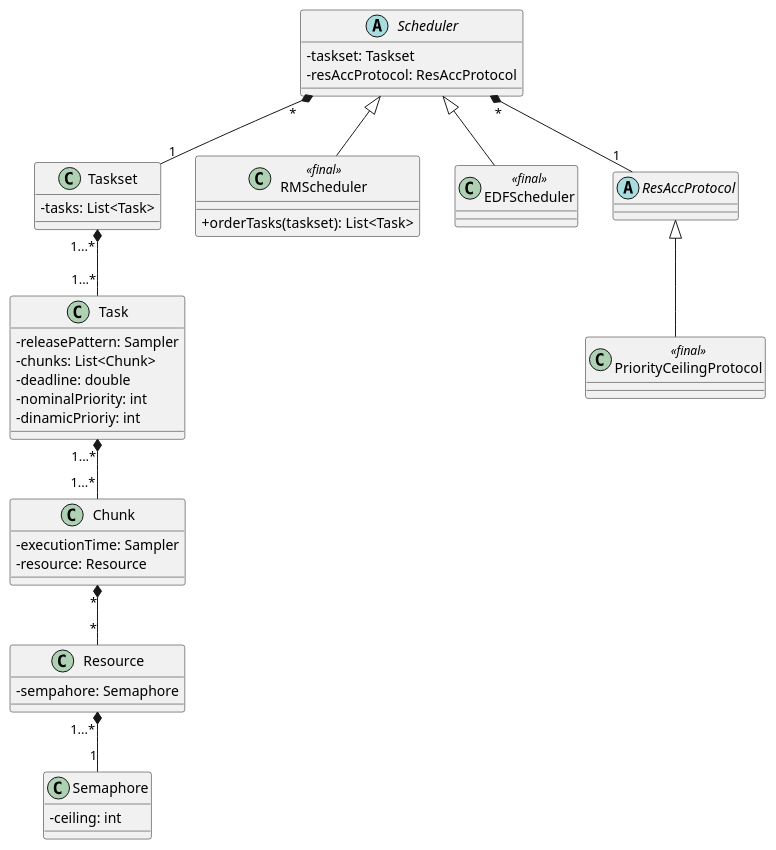
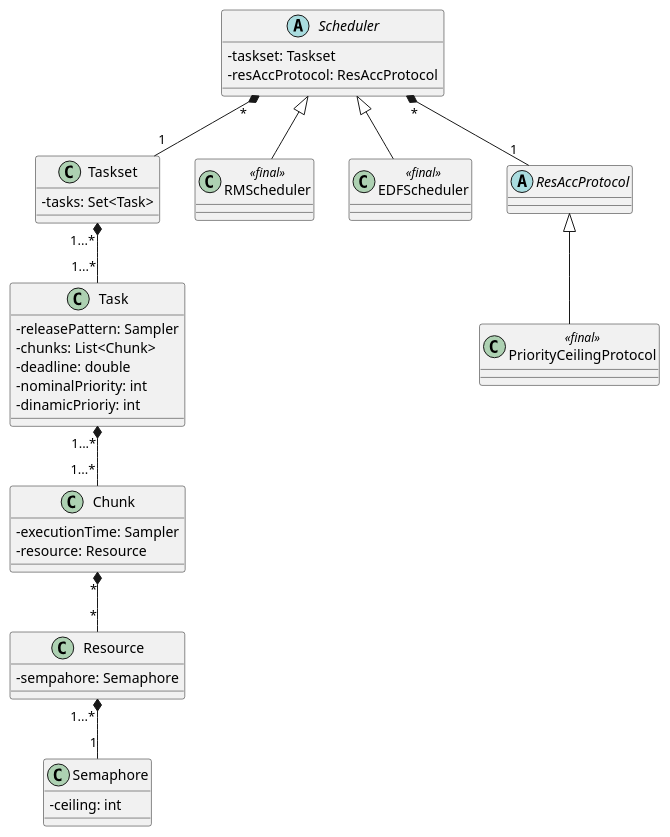
The diagram in class diagram.puml (edoardosarri24/embedded), drawn with PlantUML before and after one commit. The commit also changed 8 other files, not shown here.

```diff
--- a/class diagram.puml
+++ b/class diagram.puml
@@ -1,59 +1,58 @@
 @startuml Analisi
 skinparam classAttributeIconSize 0
 
 ' classi
 class Task {
     - releasePattern: Sampler
     - chunks: List<Chunk>
     - deadline: double
     - nominalPriority: int
     - dinamicPrioriy: int
 }
 
 class Chunk {
     - executionTime: Sampler
     - resource: Resource
 }
 
 class Taskset {
-    - tasks: List<Task>
+    - tasks: Set<Task>
 }
 
 class Resource {
     - sempahore: Semaphore
 }
 
 abstract class Scheduler {
     - taskset: Taskset
     - resAccProtocol: ResAccProtocol
 }
 
 class RMScheduler <<final>> {
-    + orderTasks(taskset): List<Task>
 }
 
 class EDFScheduler <<final>> {
 }
 
 abstract class ResAccProtocol {
 }
 
 class PriorityCeilingProtocol <<final>> {
 }
 
 class Semaphore{
     - ceiling: int
 }
 
 ' relazioni
 Task "1...*" *-- "1...*" Chunk
 Taskset "1...*" *-- "1...*" Task
 Chunk "*" *-- "*" Resource
 Scheduler <|-- RMScheduler
 Scheduler <|-- EDFScheduler
 Scheduler "*" *-- "1" Taskset
 ResAccProtocol <|-- PriorityCeilingProtocol
 Scheduler "*" *-- "1" ResAccProtocol
 Resource "1...*" *-- "1" Semaphore
 
 @enduml
```
